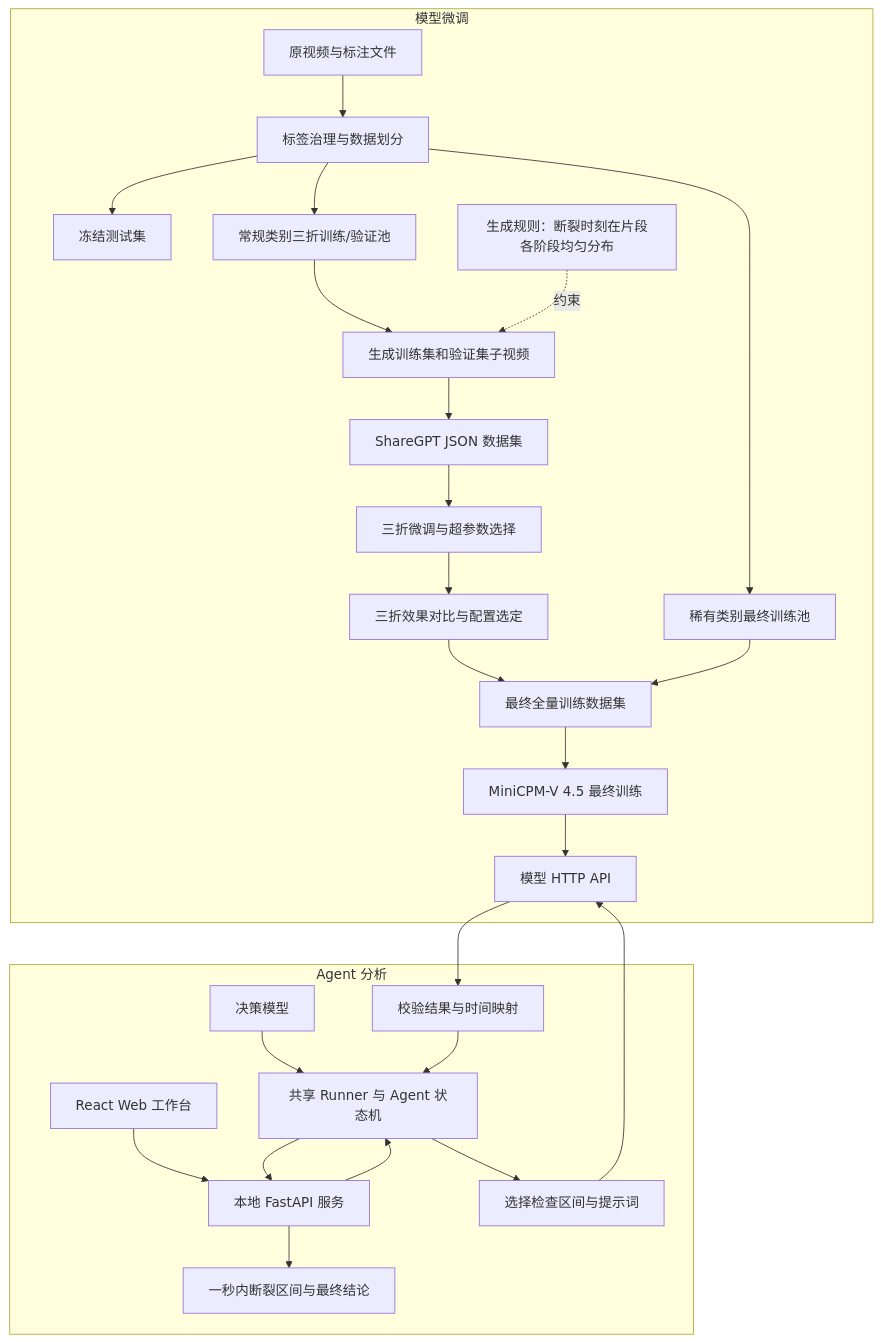
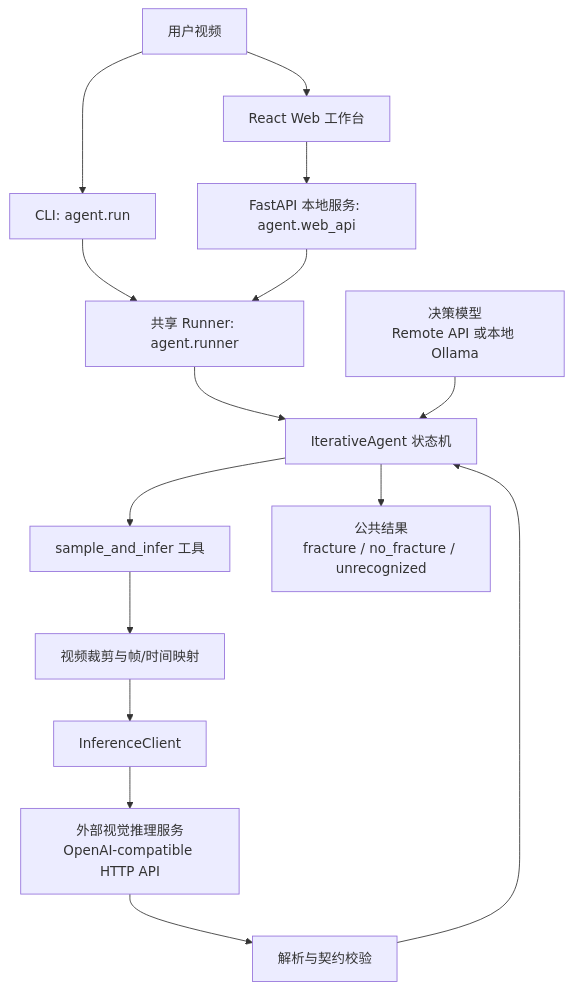
The diagram in docs/PROJECT_PLAN.md (PcOffeeP/TensileAgent), drawn with Mermaid before and after one commit. The commit also changed other lines of this file and 5 other files, not shown here.

````diff
--- a/docs/PROJECT_PLAN.md
+++ b/docs/PROJECT_PLAN.md
@@ -42,30 +35,17 @@
 ```mermaid
 flowchart TB
-    subgraph FT["模型微调"]
-        A["原视频与标注文件"] --> B["标签治理与数据划分"]
-        B --> C["冻结测试集"]
-        B --> D["常规类别三折训练/验证池"]
-        B --> E["稀有类别最终训练池"]
-        D --> F["生成训练集和验证集子视频"]
-        RULE["生成规则：断裂时刻在片段各阶段均匀分布"] -.约束.-> F
-        F --> H["ShareGPT JSON 数据集"]
-        H --> I["三折微调与超参数选择"]
-        I --> J["三折效果对比与配置选定"]
-        J --> K["最终全量训练数据集"]
-        E --> K
-        K --> L["MiniCPM-V 4.5 最终训练"]
-        L --> M["模型 HTTP API"]
-    end
-
-    subgraph AG["Agent 分析"]
-        N["React Web 工作台"] --> API["本地 FastAPI 服务"]
-        API --> O["共享 Runner 与 Agent 状态机"]
-        P["决策模型"] --> O
-        O --> Q["选择检查区间与提示词"]
-        Q --> M
-        M --> R["校验结果与时间映射"]
-        R --> O
-        O --> API
-        API --> S["一秒内断裂区间与最终结论"]
-    end
+    U["用户视频"] --> CLI["CLI: agent.run"]
+    U --> WEB["React Web 工作台"]
+    WEB --> API["FastAPI 本地服务: agent.web_api"]
+    CLI --> RUNNER["共享 Runner: agent.runner"]
+    API --> RUNNER
+    RUNNER --> IA["IterativeAgent 状态机"]
+    LLM["决策模型\nRemote API 或本地 Ollama"] --> IA
+    IA --> TOOL["sample_and_infer 工具"]
+    TOOL --> CLIP["视频裁剪与帧/时间映射"]
+    CLIP --> INF["InferenceClient"]
+    INF --> VLM["外部视觉推理服务\nOpenAI-compatible HTTP API"]
+    VLM --> PARSER["解析与契约校验"]
+    PARSER --> IA
+    IA --> FINAL["公共结果\nfracture / no_fracture / unrecognized"]
 ```
````
